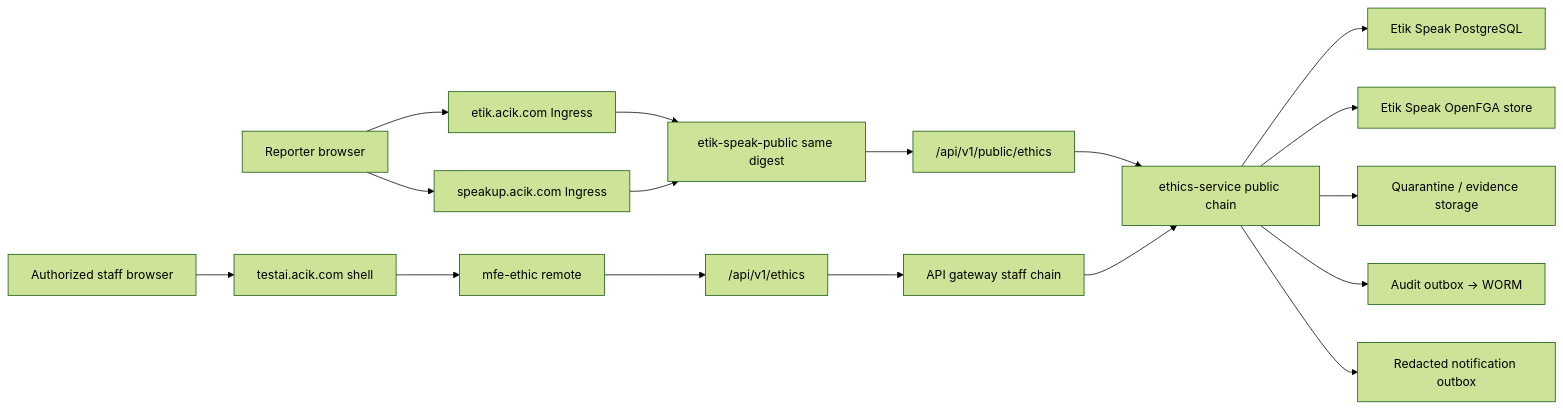
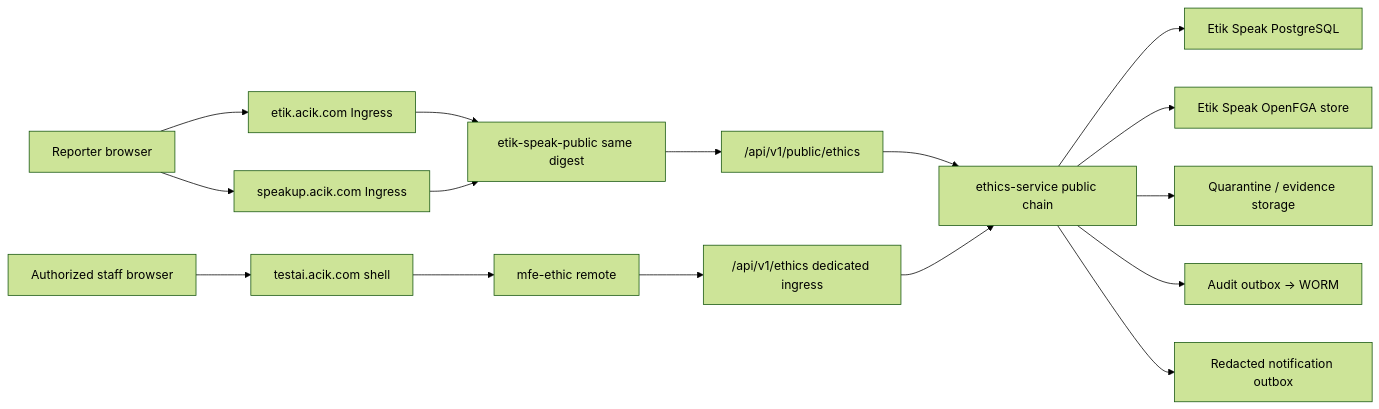
Before and after one commit to Halildeu/platform-k8s-gitops: the diagram in docs/adr/0046-faz35-etik-speak-product-cell-topology.md, drawn with Mermaid (forest theme). The commit also changed other lines of this file and 6 other files, not shown here.

````diff
--- a/docs/adr/0046-faz35-etik-speak-product-cell-topology.md
+++ b/docs/adr/0046-faz35-etik-speak-product-cell-topology.md
@@ -107,21 +107,20 @@
 ```mermaid
 flowchart LR
   R["Reporter browser"] --> E["etik.acik.com Ingress"]
   R --> S["speakup.acik.com Ingress"]
   E --> P["etik-speak-public same digest"]
   S --> P
   P --> PA["/api/v1/public/ethics"]
   PA --> B["ethics-service public chain"]
 
   U["Authorized staff browser"] --> T["testai.acik.com shell"]
   T --> M["mfe-ethic remote"]
-  M --> GA["/api/v1/ethics"]
-  GA --> G["API gateway staff chain"]
-  G --> B
+  M --> GA["/api/v1/ethics dedicated ingress"]
+  GA --> B
 
   B --> DB["Etik Speak PostgreSQL"]
   B --> FGA["Etik Speak OpenFGA store"]
   B --> OBJ["Quarantine / evidence storage"]
   B --> AO["Audit outbox -> WORM"]
   B --> NO["Redacted notification outbox"]
 ```
````
